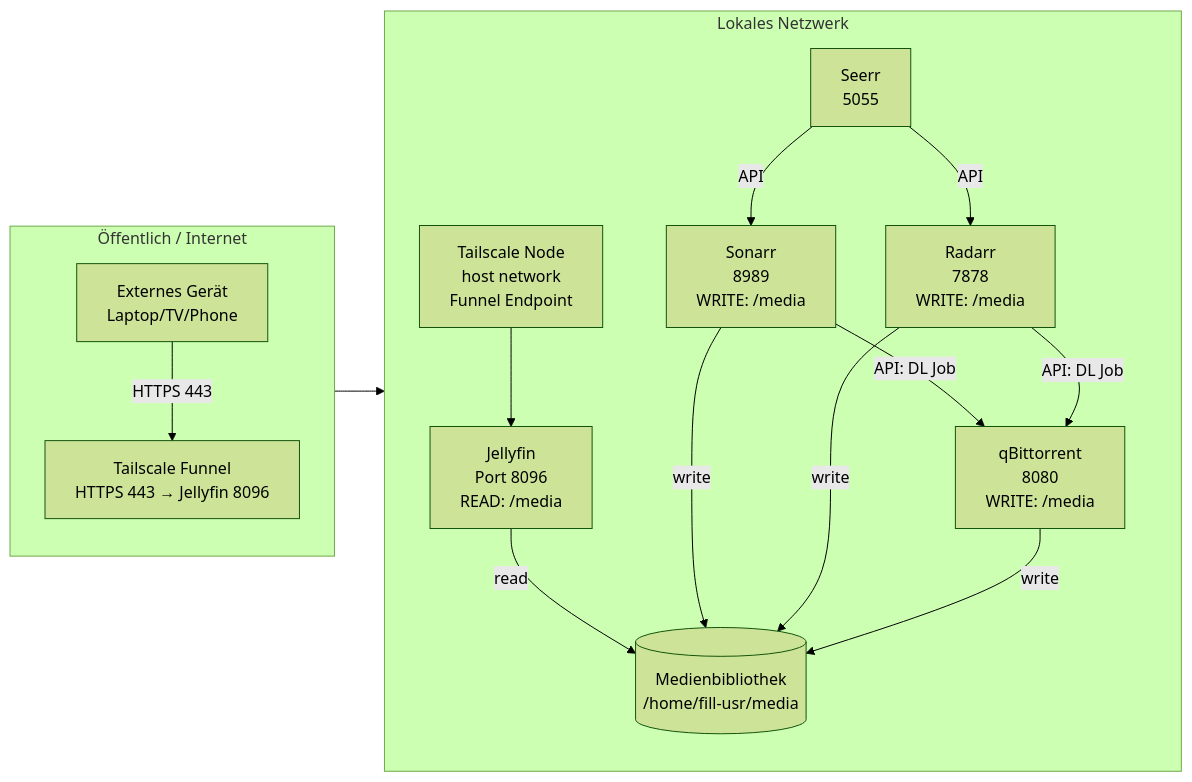
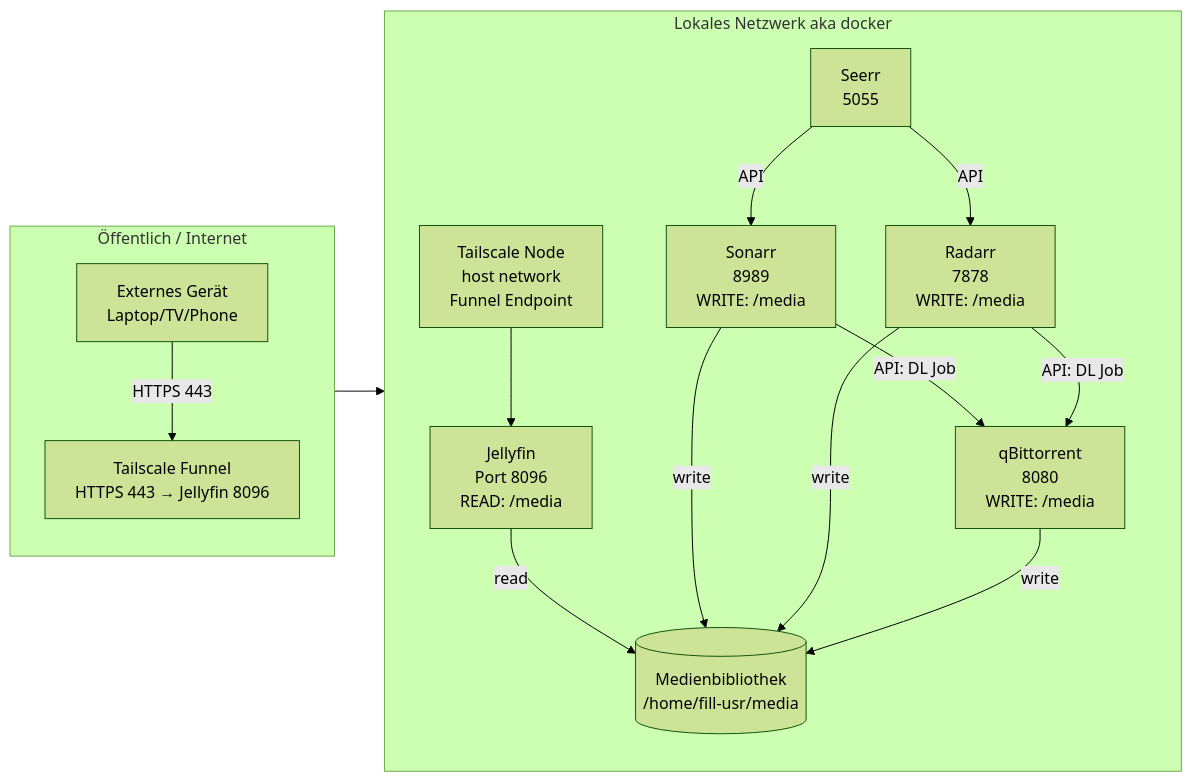
Before and after one commit to florianthepro/jellyfin: the diagram in overwiev.md, drawn with Mermaid (forest theme).

````diff
--- a/overwiev.md
+++ b/overwiev.md
@@ -1,48 +1,48 @@
 ```mermaid
 flowchart LR
 %% ===== Bereiche =====
-subgraph LOCAL[Lokales Netzwerk]
+subgraph LOCAL[Lokales Netzwerk aka docker]
 direction TB
 
     %% Jellyfin
     JF[Jellyfin<br/>Port 8096<br/>READ: /media]
 
     %% Medienbibliothek
     MB[(Medienbibliothek<br/>/home/fill-usr/media)]
 
     %% Downloader & Manager
     SON[Sonarr<br/>8989<br/>WRITE: /media]
     RAD[Radarr<br/>7878<br/>WRITE: /media]
     QBIT[qBittorrent<br/>8080<br/>WRITE: /media]
 
     %% Seerr Request Portal
     SEERR[Seerr<br/>5055]
 
     %% Tailscale Node
     TS[Tailscale Node<br/>host network<br/>Funnel Endpoint]
 
 end
 
 subgraph INTERNET[Öffentlich / Internet]
 direction TB
     FUNNEL[Tailscale Funnel<br/>HTTPS 443 → Jellyfin 8096]
     CLIENT[Externes Gerät<br/>Laptop/TV/Phone]
 end
 
 %% ===== Verbindungen =====
 
 %% Medienzugriff
 JF -->|read| MB
 SON -->|write| MB
 RAD -->|write| MB
 QBIT -->|write| MB
 
 %% API-Flow zwischen Services
 SEERR -->|API| SON
 SEERR -->|API| RAD
 SON -->|API: DL Job| QBIT
 RAD -->|API: DL Job| QBIT
 
 %% Tailscale extern
 CLIENT -->|HTTPS 443| FUNNEL --> TS --> JF
 ```
````
